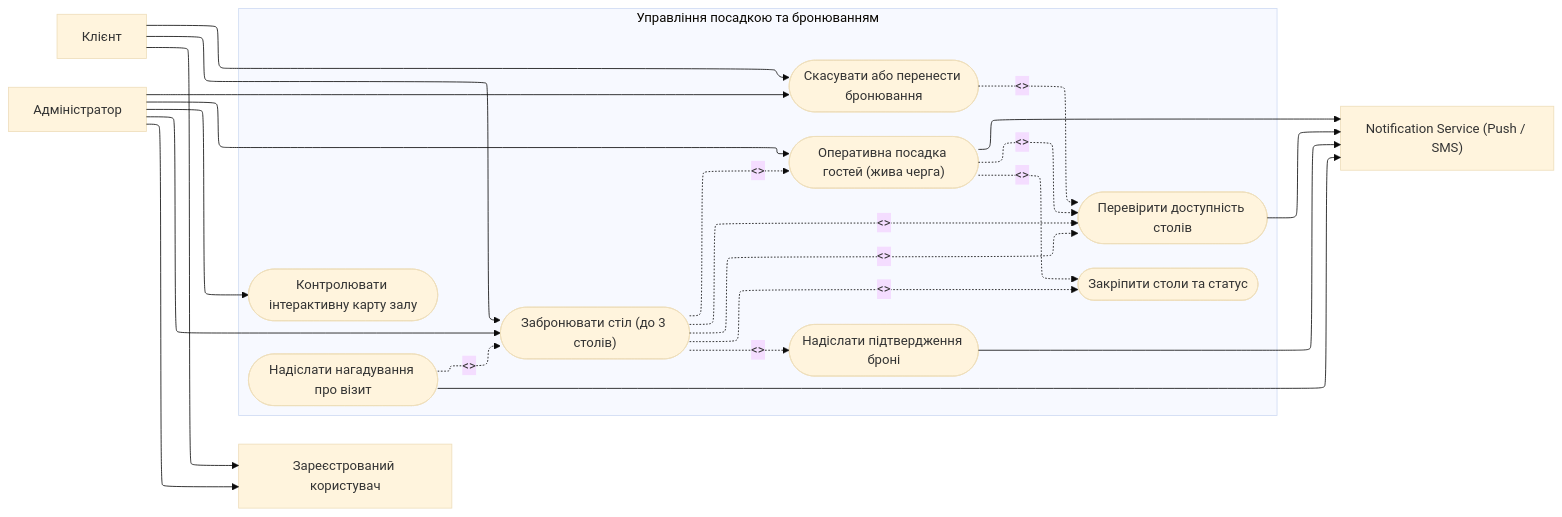
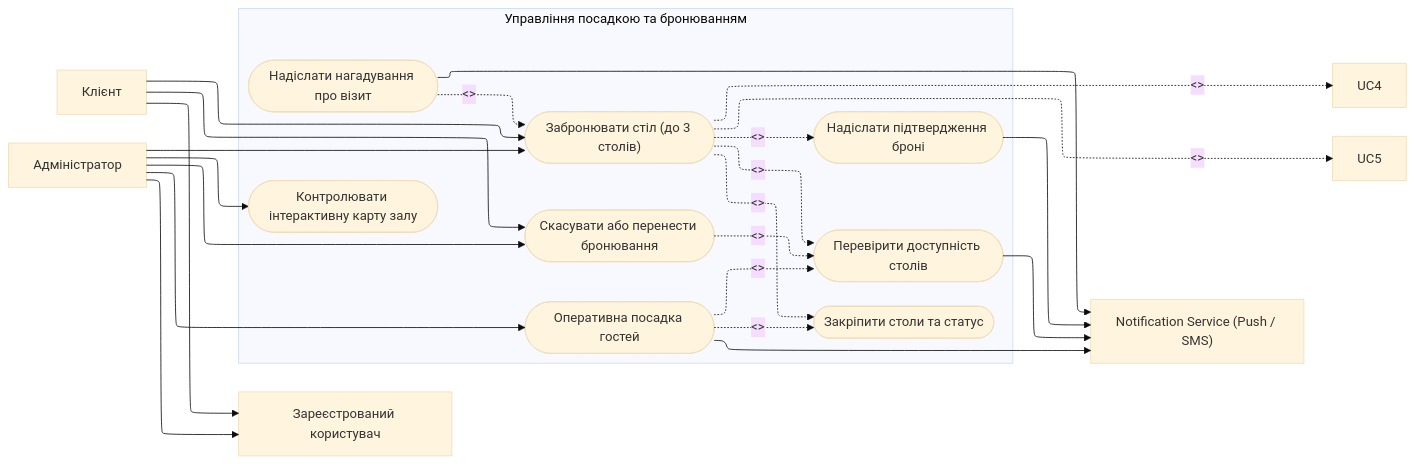
One commit to cyjiky/TableFlow changed the diagram in Labs/Lab2/models/boarding_and_reservation.mmd. Above: the diagram before and after it, drawn with Mermaid (base theme). The commit also changed 7 other files, not shown here.

```diff
--- a/Labs/Lab2/models/boarding_and_reservation.mmd
+++ b/Labs/Lab2/models/boarding_and_reservation.mmd
@@ -1,57 +1,57 @@
 ---
 config:
     layout: elk
 ---
 flowchart LR
     Client["Client"]
     Admin["Admin"]
     %% Актори
     User["Зареєстрований користувач"]
     Client["Клієнт"]
     Admin["Адміністратор"]
     NotifyService["Notification Service"]
     NotifyService["Notification Service (Push / SMS)"]
 
     %% Узагальнення акторів
     Client --> User
     Admin --> User
 
-    subgraph System ["Управління посадкою та бронюванням"]
-      UC1(["Забронювати стіл (до 3 столів)"])
-      UC2(["Контролювати інтерактивну карту залу"])
-      UC3(["Скасувати або перенести бронювання"])
-      UC4(["Оперативна посадка гостей (жива черга)"])
-      UC5(["Перевірити доступність столів"])
-      UC6(["Закріпити столи та статус"])
-      UC7(["Надіслати підтвердження броні"])
-      UC8(["Надіслати нагадування про візит"])
+    subgraph System1 ["Управління посадкою та бронюванням"]
+      UC1_1(["Забронювати стіл (до 3 столів)"])
+      UC1_2(["Контролювати інтерактивну карту залу"])
+      UC1_3(["Скасувати або перенести бронювання"])
+      UC1_4(["Оперативна посадка гостей"])
+      UC1_5(["Перевірити доступність столів"])
+      UC1_6(["Закріпити столи та статус"])
+      UC1_7(["Надіслати підтвердження броні"])
+      UC1_8(["Надіслати нагадування про візит"])
     end
 
     %% Зв'язки акторів з прецедентами
-    Client --> UC1
-    Client --> UC3
+    Client --> UC1_1
+    Client --> UC1_3
 
-    Admin --> UC1
-    Admin --> UC2
-    Admin --> UC3
-    Admin --> UC4
+    Admin --> UC1_1
+    Admin --> UC1_2
+    Admin --> UC1_3
+    Admin --> UC1_4
 
-    UC1 -.->|<<include>>| UC4
-    UC1 -.->|<<extend>>| UC5
+    UC1_1 -.->|<<include>>| UC4
+    UC1_1 -.->|<<extend>>| UC5
     %% Include / Extend зв'язки
-    UC1 -.->|"<<include>>"| UC5
-    UC1 -.->|"<<include>>"| UC6
-    UC1 -.->|"<<include>>"| UC7
+    UC1_1 -.->|"<<include>>"| UC1_5
+    UC1_1 -.->|"<<include>>"| UC1_6
+    UC1_1 -.->|"<<include>>"| UC1_7
 
-    UC4 --> NotifyService
-    UC5 --> NotifyService
-    UC4 -.->|"<<include>>"| UC5
-    UC4 -.->|"<<include>>"| UC6
+    UC1_4 --> NotifyService
+    UC1_5 --> NotifyService
+    UC1_4 -.->|"<<include>>"| UC1_5
+    UC1_4 -.->|"<<include>>"| UC1_6
 
-    UC3 -.->|"<<include>>"| UC5
+    UC1_3 -.->|"<<include>>"| UC1_5
 
-    UC8 -.->|"<<extend>>"| UC1
+    UC1_8 -.->|"<<extend>>"| UC1_1
 
     %% Зовнішні сервіси
-    UC7 --> NotifyService
-    UC8 --> NotifyService
+    UC1_7 --> NotifyService
+    UC1_8 --> NotifyService
```
